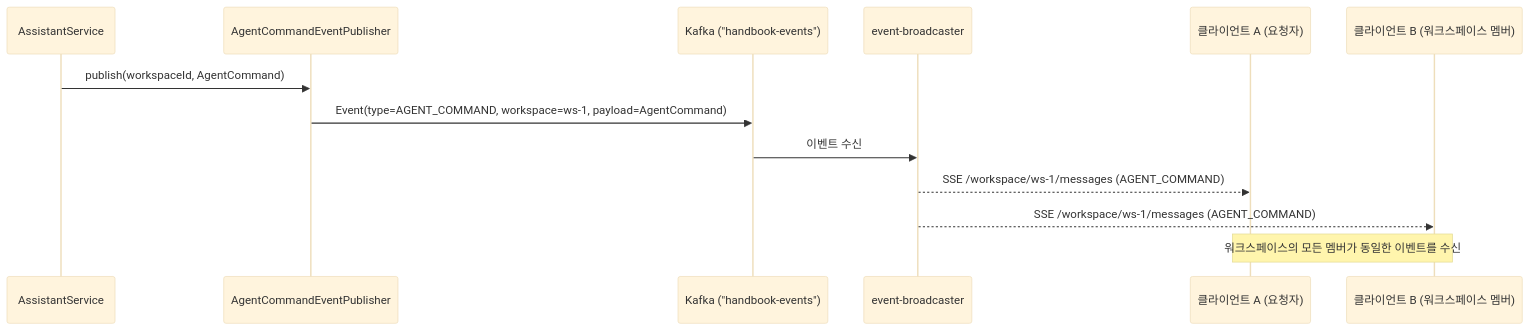
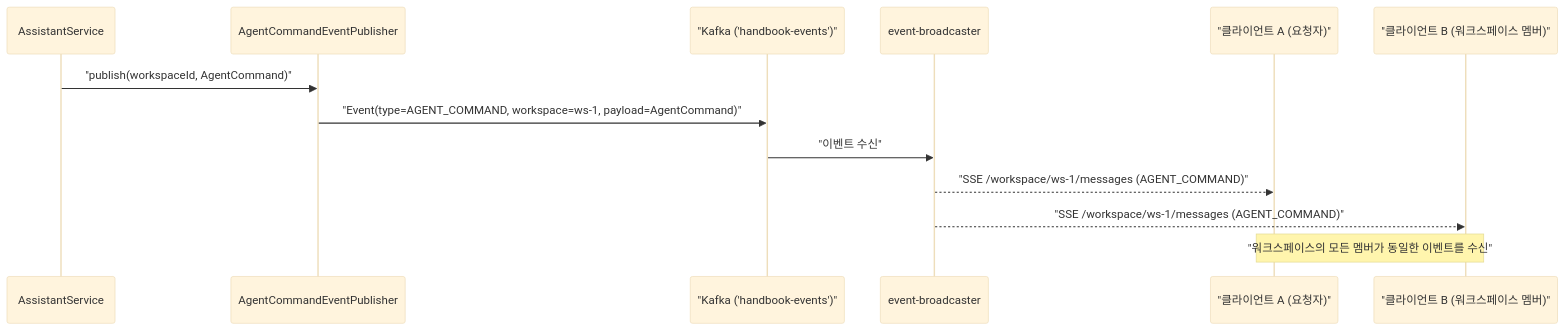
One commit to sayaya1090/handbook changed diagram 13 of 13 in assistant/USECASE.md. Above: the diagram before and after it, drawn with Mermaid (base theme). The commit also changed other lines of this file and 22 other files, not shown here.

First line of the commit message:
docs: Mermaid 다이어그램 렌더링 오류 수정을 위한 구문 전수 교정

````diff
--- a/assistant/USECASE.md
+++ b/assistant/USECASE.md
@@ -496,16 +480,16 @@
 ```mermaid
 sequenceDiagram
     participant Svc as AssistantService
     participant Pub as AgentCommandEventPublisher
-    participant K as Kafka ("handbook-events")
+    participant K as "Kafka ('handbook-events')"
     participant EB as event-broadcaster
-    participant C1 as 클라이언트 A (요청자)
-    participant C2 as 클라이언트 B (워크스페이스 멤버)
+    participant C1 as "클라이언트 A (요청자)"
+    participant C2 as "클라이언트 B (워크스페이스 멤버)"
 
-    Svc->>Pub: publish(workspaceId, AgentCommand)
-    Pub->>K: Event(type=AGENT_COMMAND, workspace=ws-1, payload=AgentCommand)
-    K->>EB: 이벤트 수신
-    EB-->>C1: SSE /workspace/ws-1/messages (AGENT_COMMAND)
-    EB-->>C2: SSE /workspace/ws-1/messages (AGENT_COMMAND)
-    Note over C1,C2: 워크스페이스의 모든 멤버가 동일한 이벤트를 수신
+    Svc->>Pub: "publish(workspaceId, AgentCommand)"
+    Pub->>K: "Event(type=AGENT_COMMAND, workspace=ws-1, payload=AgentCommand)"
+    K->>EB: "이벤트 수신"
+    EB-->>C1: "SSE /workspace/ws-1/messages (AGENT_COMMAND)"
+    EB-->>C2: "SSE /workspace/ws-1/messages (AGENT_COMMAND)"
+    Note over C1,C2: "워크스페이스의 모든 멤버가 동일한 이벤트를 수신"
 ```
````
